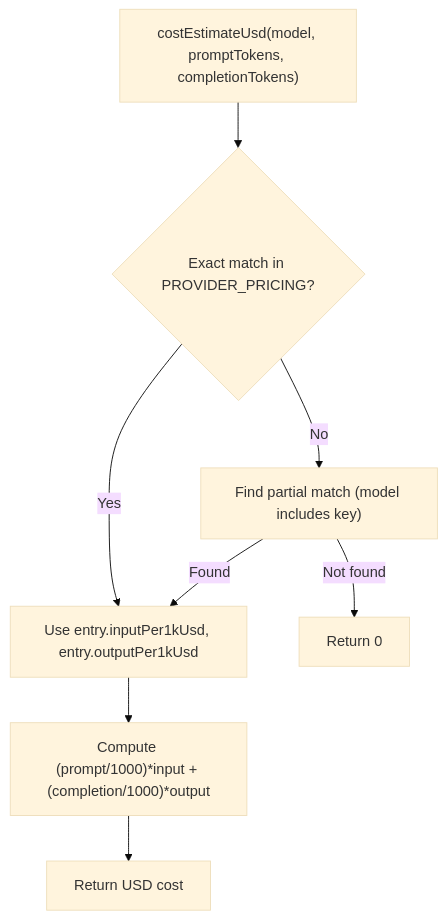
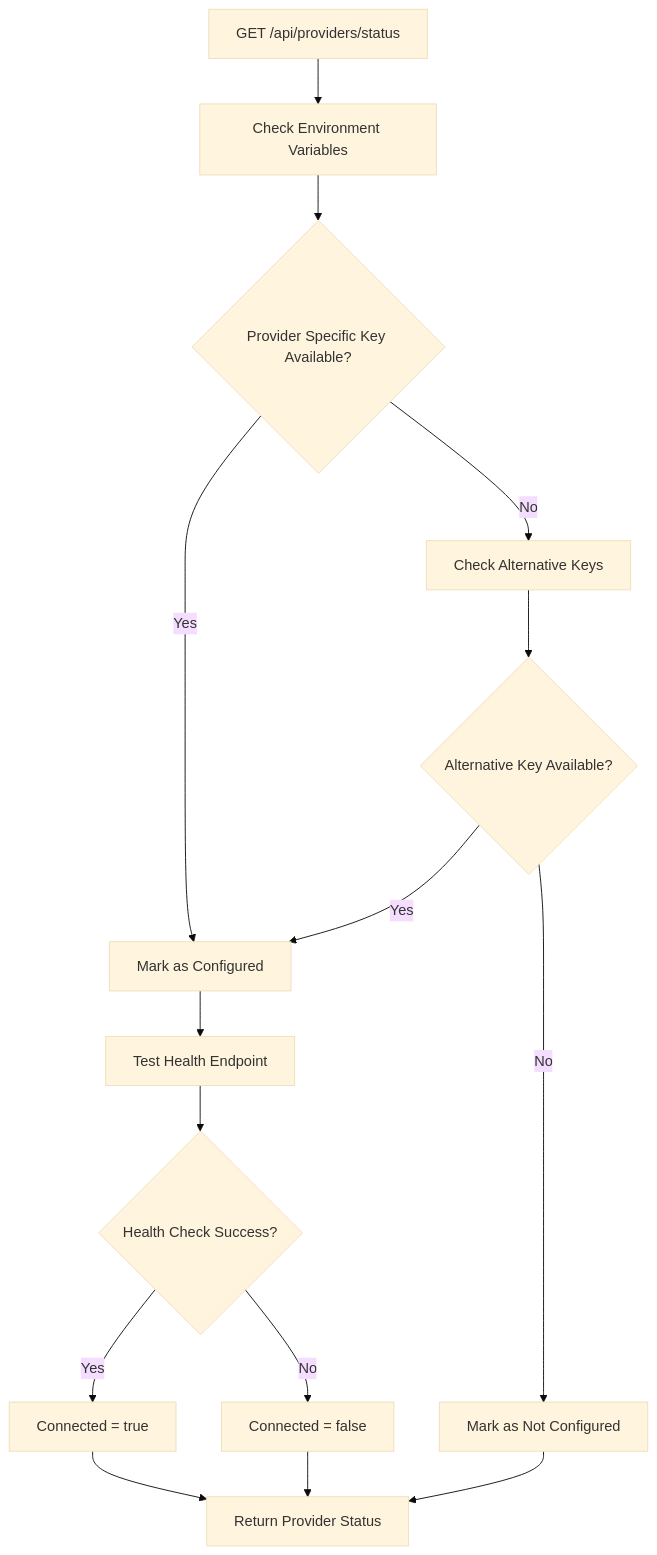
The first of 2 diagrams in .qoder/repowiki/en/content/AI Generation Engine/Model Configuration & Selection/Model Configuration & Selection.md (shekhargiri005-dotcom/AI-powered-accessibility-first-UI-engine), drawn with Mermaid (base theme) before and after one commit. The commit also changed other lines of this file and 24 other files, not shown here.

````diff
--- a/.qoder/repowiki/en/content/AI Generation Engine/Model Configuration & Selection/Model Configuration & Selection.md
+++ b/.qoder/repowiki/en/content/AI Generation Engine/Model Configuration & Selection/Model Configuration & Selection.md
@@ -526,10 +49,17 @@
 ```mermaid
 flowchart TD
-A["costEstimateUsd(model, promptTokens, completionTokens)"] --> B{"Exact match in PROVIDER_PRICING?"}
-B --> |Yes| C["Use entry.inputPer1kUsd, entry.outputPer1kUsd"]
-B --> |No| D["Find partial match (model includes key)"]
-D --> |Found| C
-D --> |Not found| E["Return 0"]
-C --> F["Compute (prompt/1000)*input + (completion/1000)*output"]
-F --> G["Return USD cost"]
+A["GET /api/providers/status"] --> B["Check Environment Variables"]
+B --> C{"Provider Specific Key Available?"}
+C --> |Yes| D["Mark as Configured"]
+C --> |No| E["Check Alternative Keys"]
+E --> F{"Alternative Key Available?"}
+F --> |Yes| D
+F --> |No| G["Mark as Not Configured"]
+D --> H["Test Health Endpoint"]
+H --> I{"Health Check Success?"}
+I --> |Yes| J["Connected = true"]
+I --> |No| K["Connected = false"]
+G --> L["Return Provider Status"]
+J --> L
+K --> L
 ```
````
